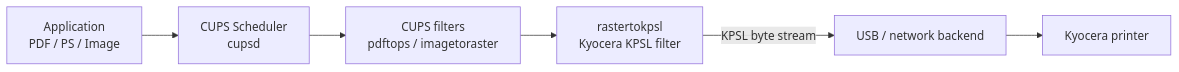
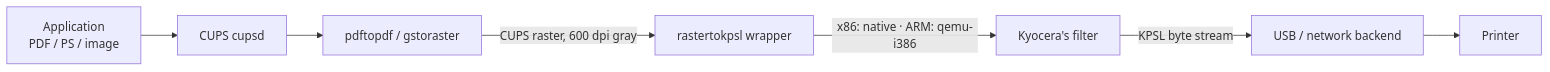
One commit to geugenm/kyocera-drivers changed the diagram in readme.md. Above: the diagram before and after it, drawn with Mermaid. The commit also changed other lines of this file and 7 other files, not shown here.

````diff
--- a/readme.md
+++ b/readme.md
@@ -82,8 +103,9 @@
 ```mermaid
 flowchart LR
-    A[Application<br>PDF / PS / Image] --> B[CUPS Scheduler<br>cupsd]
-    B --> C[CUPS filters<br>pdftops / imagetoraster]
-    C --> D[rastertokpsl<br>Kyocera KPSL filter]
-    D -->|KPSL byte stream| E[USB / network backend]
-    E --> F[Kyocera printer]
+    A[Application<br>PDF / PS / image] --> B[CUPS cupsd]
+    B --> C[pdftopdf / gstoraster]
+    C -->|CUPS raster, 600 dpi gray| D[rastertokpsl wrapper]
+    D -->|x86: native · ARM: qemu-i386| E[Kyocera's filter]
+    E -->|KPSL byte stream| F[USB / network backend]
+    F --> G[Printer]
 ```
````
